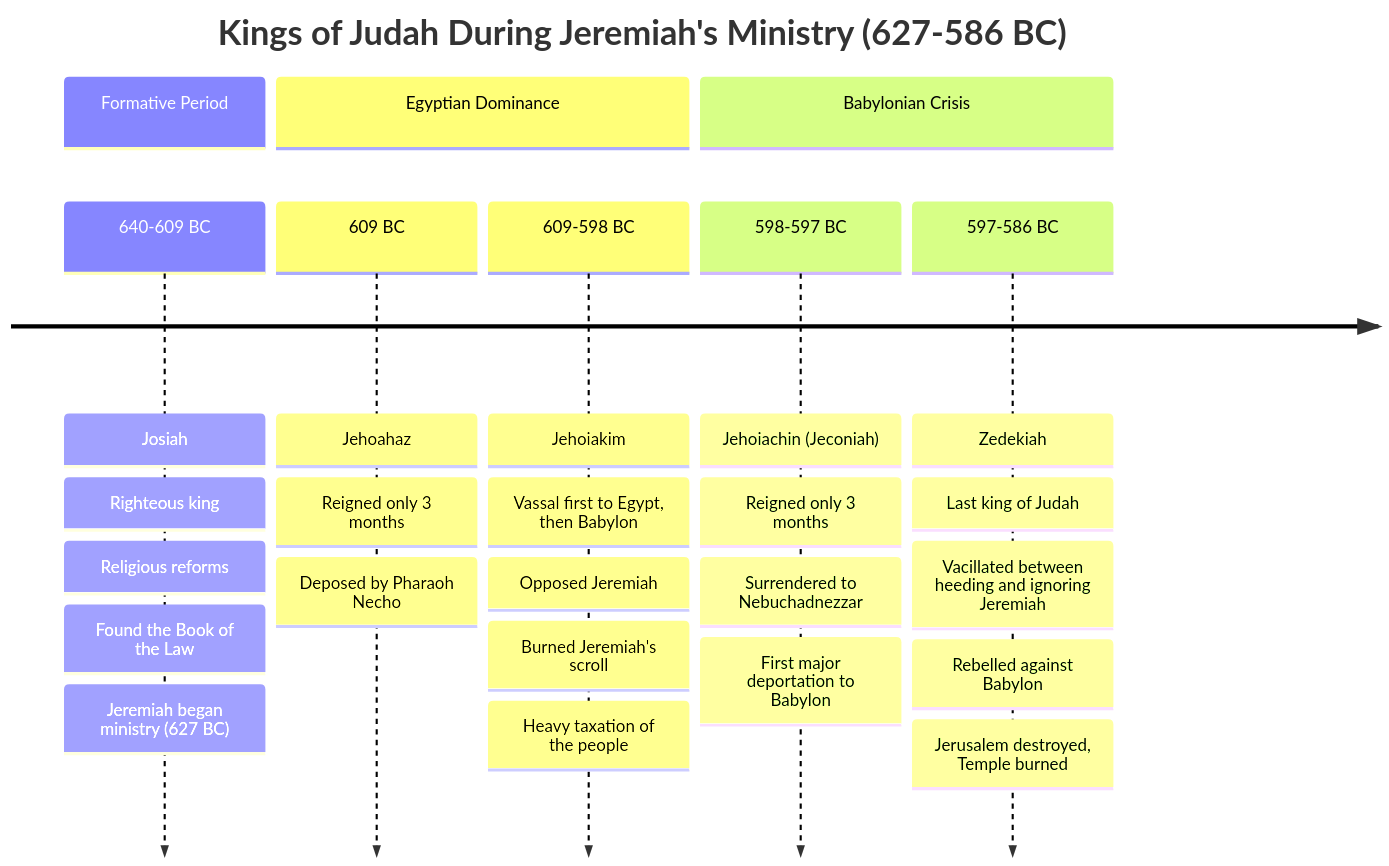
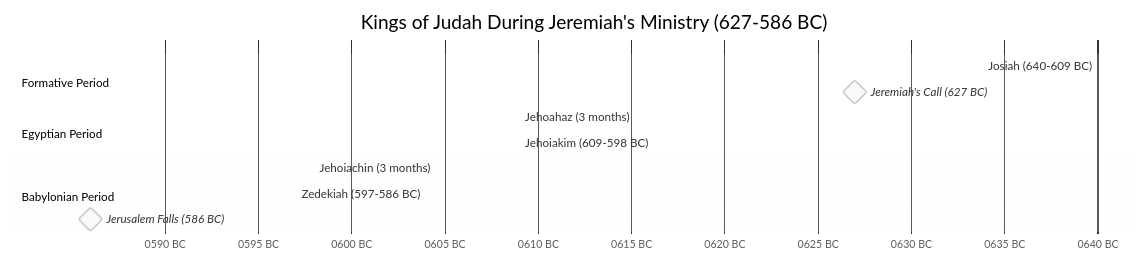
The diagram in old-testament-studies/public/content/en/kings-in-jeremiah.md (migarciaduran/OldTestament), drawn with Mermaid before and after one commit. The commit also changed 1 other file, not shown here.

Commit message:
Refactor timeline representation for Kings during Jeremiah's ministry; enhance clarity and structure in Markdown files

````diff
--- a/old-testament-studies/public/content/en/kings-in-jeremiah.md
+++ b/old-testament-studies/public/content/en/kings-in-jeremiah.md
@@ -7,24 +7,20 @@
 ```mermaid
-timeline
+%%{init: {'theme': 'base', 'themeVariables': { 'primaryColor': '#f9f9f9', 'primaryBorderColor': '#ccc'}}}%%
+gantt
     title Kings of Judah During Jeremiah's Ministry (627-586 BC)
+    dateFormat  YYYY
+    axisFormat  %Y BC
+    
     section Formative Period
-        640-609 BC : Josiah : Righteous king
-                    : Religious reforms
-                    : Found the Book of the Law
-                    : Jeremiah began ministry (627 BC)
-    section Egyptian Dominance
-        609 BC : Jehoahaz : Reigned only 3 months
-                 : Deposed by Pharaoh Necho
-        609-598 BC : Jehoiakim : Vassal first to Egypt, then Babylon
-                    : Opposed Jeremiah
-                    : Burned Jeremiah's scroll
-                    : Heavy taxation of the people
-    section Babylonian Crisis
-        598-597 BC : Jehoiachin (Jeconiah) : Reigned only 3 months
-                    : Surrendered to Nebuchadnezzar
-                    : First major deportation to Babylon
-        597-586 BC : Zedekiah : Last king of Judah
-                    : Vacillated between heeding and ignoring Jeremiah
-                    : Rebelled against Babylon
-                    : Jerusalem destroyed, Temple burned
+    Josiah (640-609 BC): active, josiah, -640, -609
+    Jeremiah's Call (627 BC): milestone, call, -627, 0
+    
+    section Egyptian Period
+    Jehoahaz (3 months): active, jehoahaz, -609, -609
+    Jehoiakim (609-598 BC): active, jehoiakim, -609, -598
+    
+    section Babylonian Period
+    Jehoiachin (3 months): active, jehoiachin, -598, -597
+    Zedekiah (597-586 BC): active, zedekiah, -597, -586
+    Jerusalem Falls (586 BC): milestone, fall, -586, 0
 ```
````
